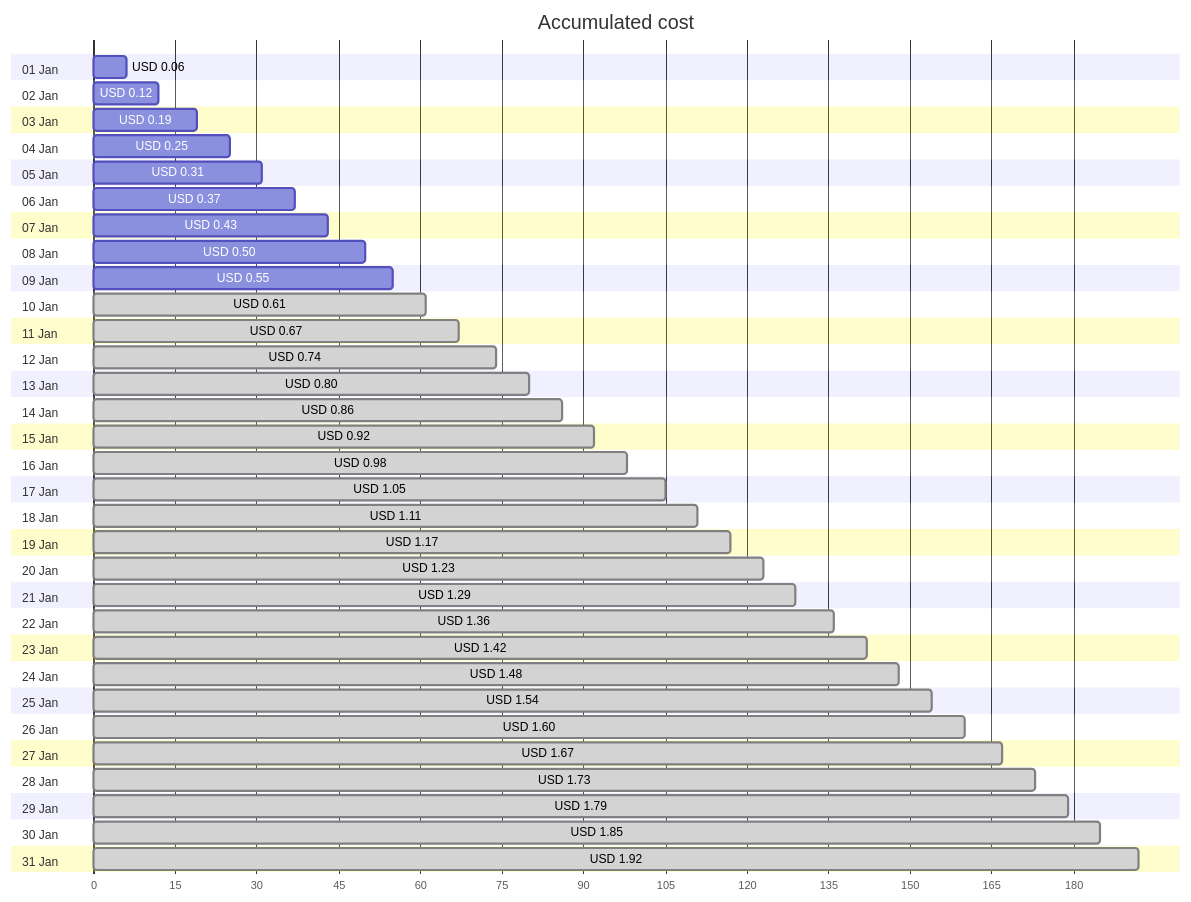
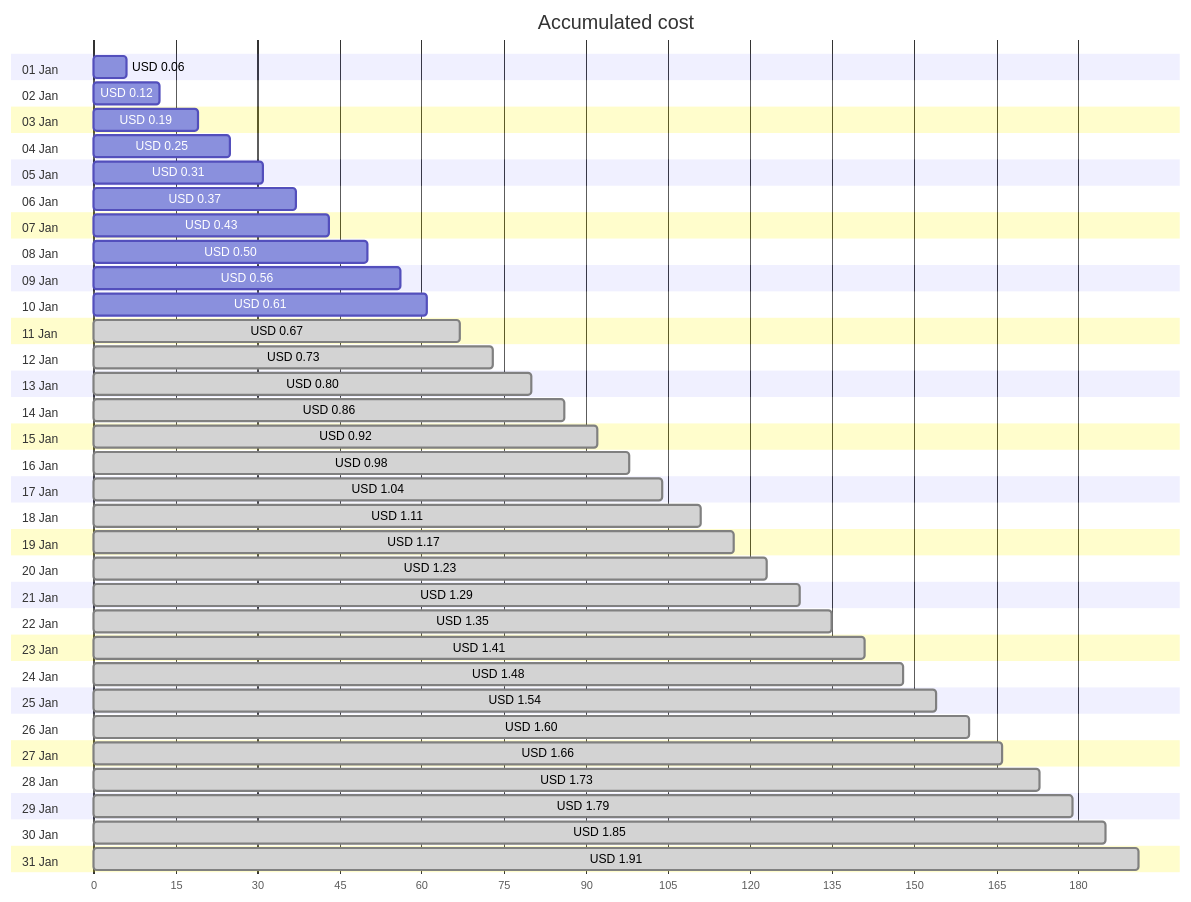
One commit to jpfulton/azure-personal-reports changed the first of 4 diagrams in cost-reports/personal-network/backup-server_OsDisk.md. Above: the diagram before and after it, drawn with Mermaid. The commit also changed other lines of this file and 8 other files, not shown here.

````diff
--- a/cost-reports/personal-network/backup-server_OsDisk.md
+++ b/cost-reports/personal-network/backup-server_OsDisk.md
@@ -20,68 +20,68 @@
 ```mermaid
 gantt
    title Accumulated cost
    dateFormat  X
    axisFormat %s
    section 01 Jan
    USD 0.06 :0, 6
    section 02 Jan
    USD 0.12 :0, 12
    section 03 Jan
    USD 0.19 :0, 19
    section 04 Jan
    USD 0.25 :0, 25
    section 05 Jan
    USD 0.31 :0, 31
    section 06 Jan
    USD 0.37 :0, 37
    section 07 Jan
    USD 0.43 :0, 43
    section 08 Jan
    USD 0.50 :0, 50
    section 09 Jan
-   USD 0.55 :0, 55
+   USD 0.56 :0, 56
    section 10 Jan
-   USD 0.61 : done, 0, 61
+   USD 0.61 :0, 61
    section 11 Jan
    USD 0.67 : done, 0, 67
    section 12 Jan
-   USD 0.74 : done, 0, 74
+   USD 0.73 : done, 0, 73
    section 13 Jan
    USD 0.80 : done, 0, 80
    section 14 Jan
    USD 0.86 : done, 0, 86
    section 15 Jan
    USD 0.92 : done, 0, 92
    section 16 Jan
    USD 0.98 : done, 0, 98
    section 17 Jan
-   USD 1.05 : done, 0, 105
+   USD 1.04 : done, 0, 104
    section 18 Jan
    USD 1.11 : done, 0, 111
    section 19 Jan
    USD 1.17 : done, 0, 117
    section 20 Jan
    USD 1.23 : done, 0, 123
    section 21 Jan
    USD 1.29 : done, 0, 129
    section 22 Jan
-   USD 1.36 : done, 0, 136
+   USD 1.35 : done, 0, 135
    section 23 Jan
-   USD 1.42 : done, 0, 142
+   USD 1.41 : done, 0, 141
    section 24 Jan
    USD 1.48 : done, 0, 148
    section 25 Jan
    USD 1.54 : done, 0, 154
    section 26 Jan
    USD 1.60 : done, 0, 160
    section 27 Jan
-   USD 1.67 : done, 0, 167
+   USD 1.66 : done, 0, 166
    section 28 Jan
    USD 1.73 : done, 0, 173
    section 29 Jan
    USD 1.79 : done, 0, 179
    section 30 Jan
    USD 1.85 : done, 0, 185
    section 31 Jan
-   USD 1.92 : done, 0, 192
+   USD 1.91 : done, 0, 191
 ```
````
